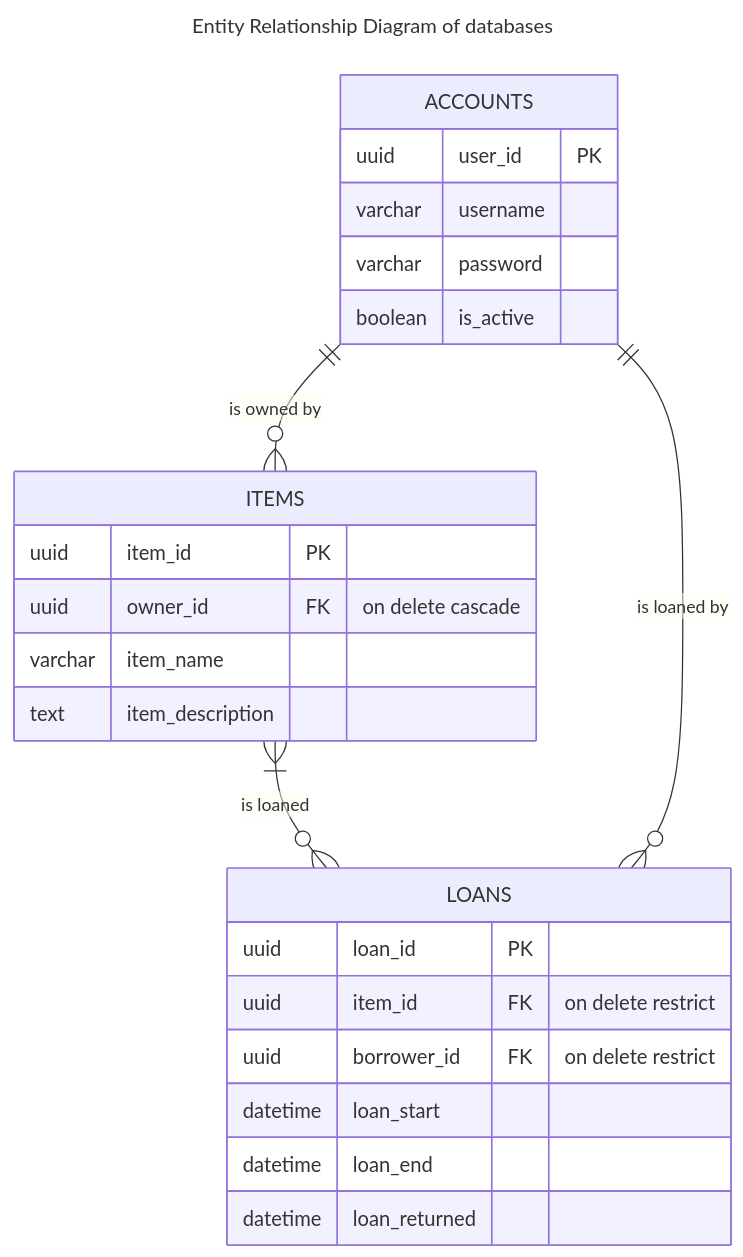
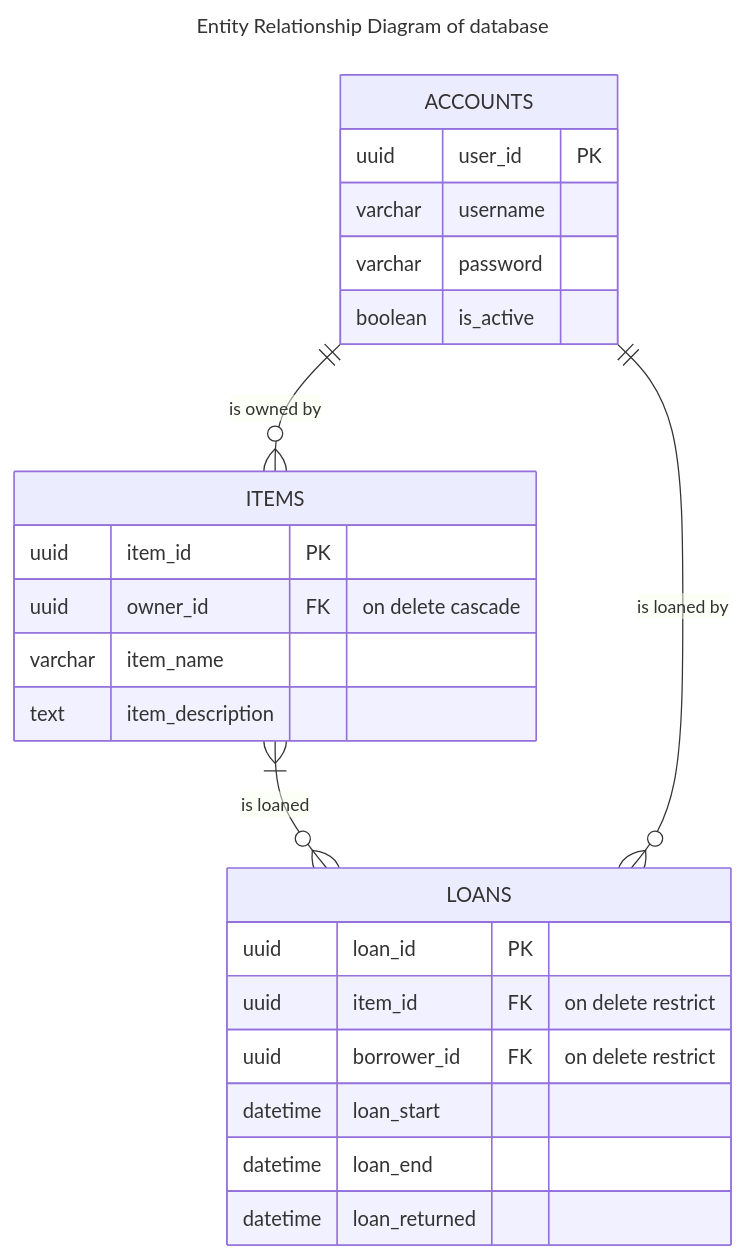
The second of 2 diagrams in ARCHITECTURE.md (maussn/Rotom), drawn with Mermaid before and after one commit. The commit also changed other lines of this file, not shown here.

````diff
--- a/ARCHITECTURE.md
+++ b/ARCHITECTURE.md
@@ -25,35 +27,35 @@
 ```mermaid
 ---
-title: Entity Relationship Diagram of databases
+title: Entity Relationship Diagram of database
 ---
 
 erDiagram
   
   ACCOUNTS {
     uuid user_id PK
     varchar username
     varchar password
     boolean is_active
   }
 
   ITEMS {
     uuid item_id PK
     uuid owner_id FK "on delete cascade"
     varchar item_name
     text item_description
   }
 
   LOANS {
     uuid loan_id PK
     uuid item_id FK "on delete restrict"
     uuid borrower_id FK "on delete restrict"
     datetime loan_start
     datetime loan_end
     datetime loan_returned
   }
 
   ACCOUNTS ||--o{ ITEMS : "is owned by"
   ITEMS }|--o{ LOANS : "is loaned"
   LOANS }o--|| ACCOUNTS : "is loaned by"
 
 ```
````
